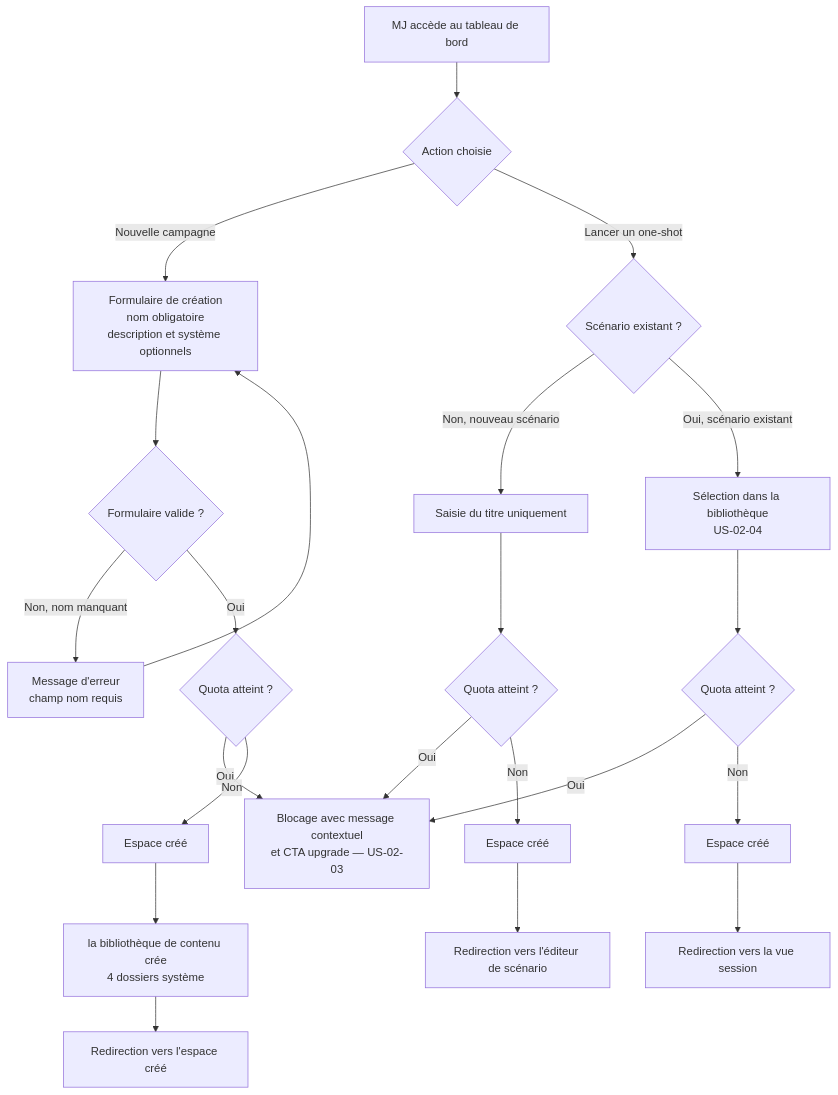
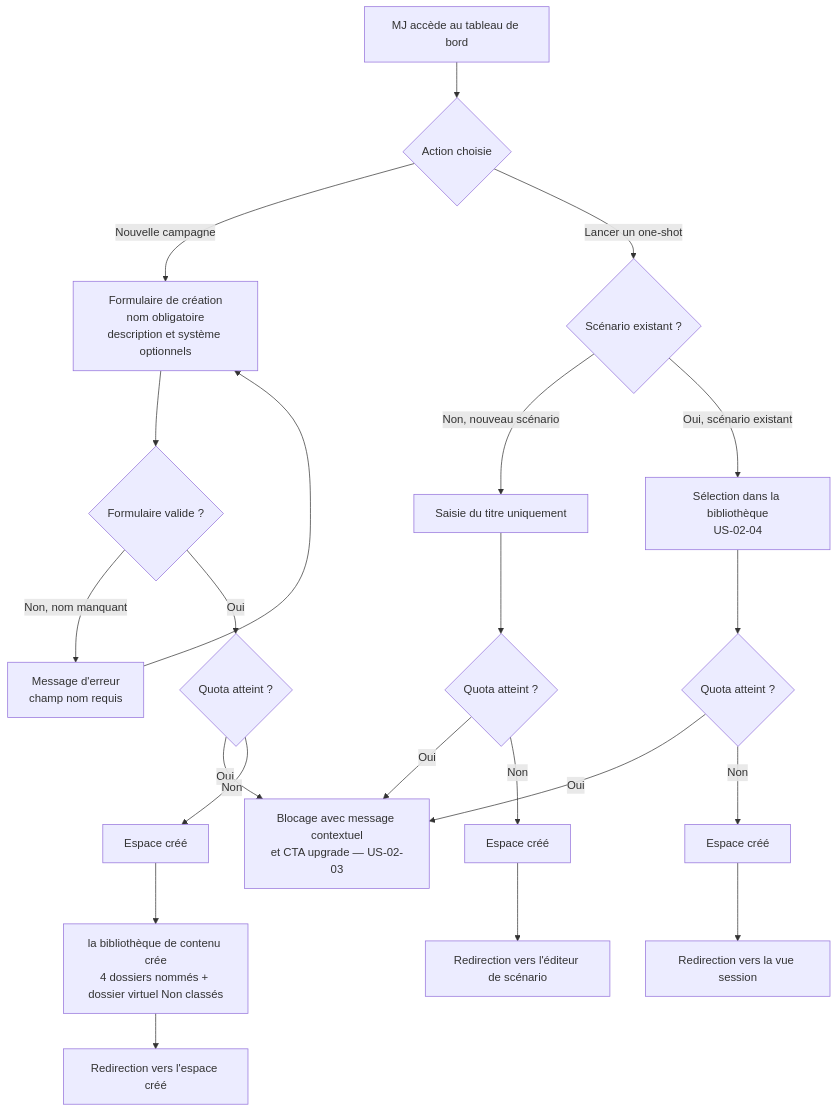
One commit to 2025-10-CDA-ECO-P6/PM-micro-saas changed the first of 2 diagrams in docs/conception/user-stories/US-UC-02-creer-espace-jeu.md. Above: the diagram before and after it, drawn with Mermaid. The commit also changed other lines of this file and 84 other files, not shown here.

````diff
--- a/docs/conception/user-stories/US-UC-02-creer-espace-jeu.md
+++ b/docs/conception/user-stories/US-UC-02-creer-espace-jeu.md
@@ -55,24 +58,24 @@
 ```mermaid
 flowchart TD
     A[MJ accède au tableau de bord] --> B{Action choisie}
     B -- Nouvelle campagne --> C[Formulaire de création\nnom obligatoire\ndescription et système optionnels]
     B -- Lancer un one-shot --> D{Scénario existant ?}
     C --> E{Formulaire valide ?}
     E -- Non, nom manquant --> F[Message d'erreur\nchamp nom requis]
     F --> C
     E -- Oui --> G{Quota atteint ?}
     G -- Oui --> H[Blocage avec message contextuel\net CTA upgrade — US-02-03]
     G -- Non --> I[Espace créé]
-    I --> J[la bibliothèque de contenu crée\n4 dossiers système]
+    I --> J[la bibliothèque de contenu crée\n4 dossiers nommés + dossier virtuel Non classés]
     J --> K[Redirection vers l'espace créé]
     D -- Non, nouveau scénario --> L[Saisie du titre uniquement]
     L --> M{Quota atteint ?}
     M -- Oui --> H
     M -- Non --> N[Espace créé]
     N --> O[Redirection vers l'éditeur de scénario]
     D -- Oui, scénario existant --> P[Sélection dans la bibliothèque\nUS-02-04]
     P --> Q{Quota atteint ?}
     Q -- Oui --> H
     Q -- Non --> R[Espace créé]
     R --> S[Redirection vers la vue session]
 ```
````
